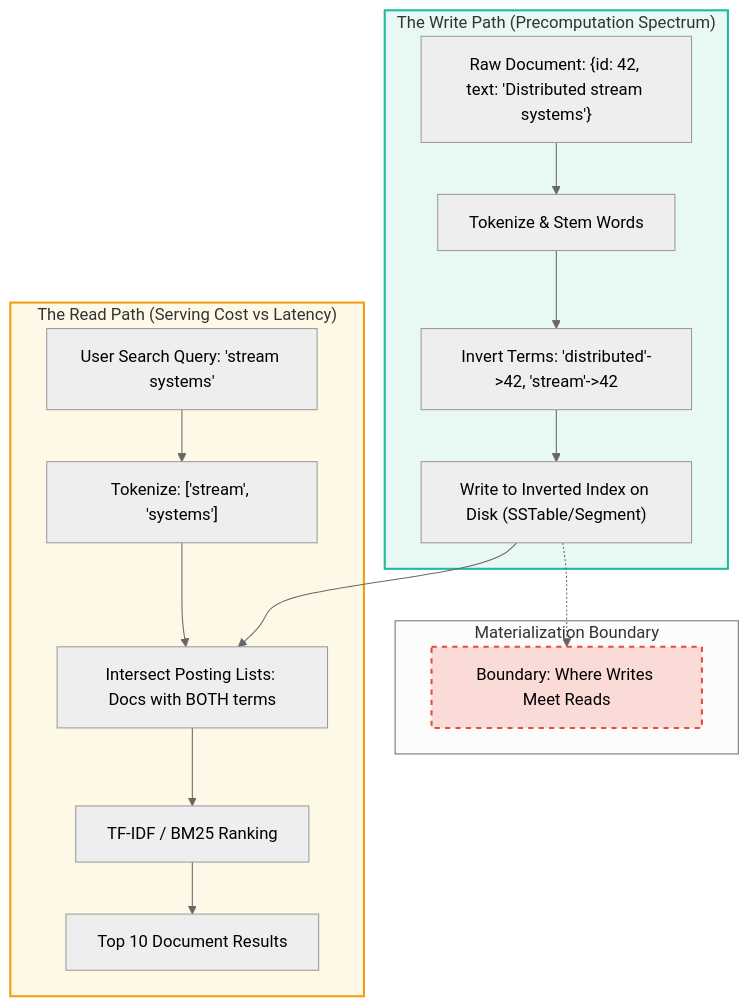
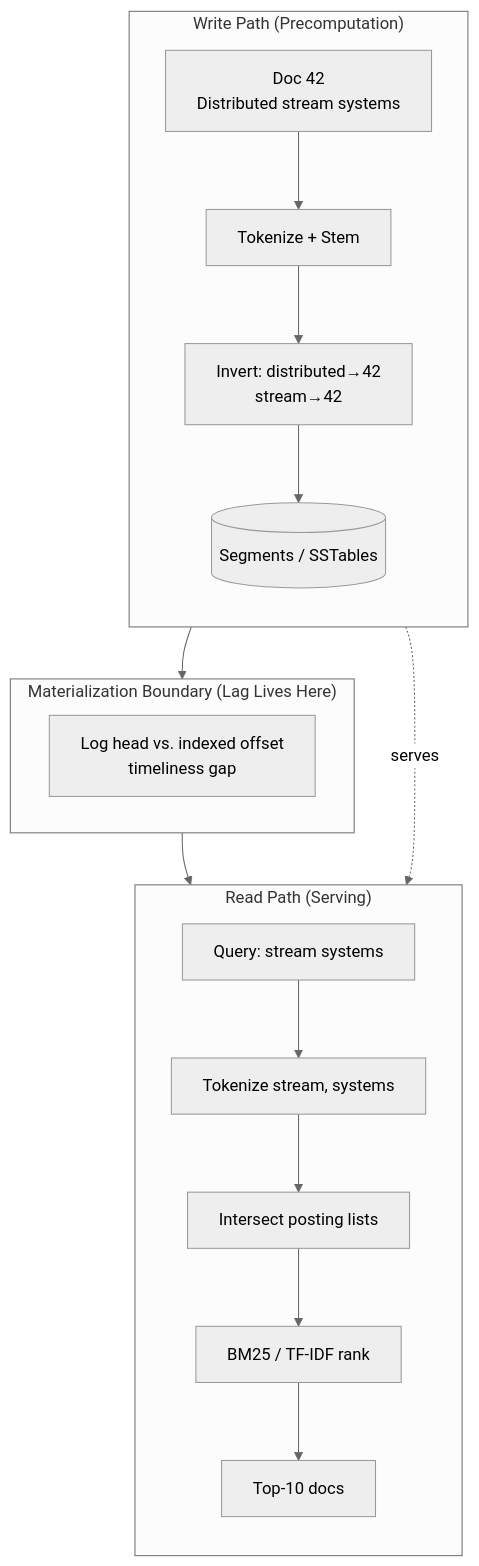
Before and after one commit to 1mimhe/books-summery: the first of 5 diagrams in 01 Designing Data-Intensive Applications/chapter-13-a-philosophy-of-streaming-systems.md, drawn with Mermaid (neutral theme). The commit also changed other lines of this file and 3 other files, not shown here.

````diff
--- a/01 Designing Data-Intensive Applications/chapter-13-a-philosophy-of-streaming-systems.md
+++ b/01 Designing Data-Intensive Applications/chapter-13-a-philosophy-of-streaming-systems.md
@@ -416,26 +190,25 @@
 ```mermaid
 flowchart TD
-    subgraph WritePath ["The Write Path (Precomputation Spectrum)"]
-        Doc["Raw Document: {id: 42, text: 'Distributed stream systems'}"]
-        Doc --> Tokenizer["Tokenize & Stem Words"]
-        Tokenizer --> Invert["Invert Terms: 'distributed'->42, 'stream'->42"]
-        Invert --> Index["Write to Inverted Index on Disk (SSTable/Segment)"]
-    end
-
-    subgraph Intersection ["Materialization Boundary"]
-        Index -.-> Matched["Boundary: Where Writes Meet Reads"]
-    end
-
-    subgraph ReadPath ["The Read Path (Serving Cost vs Latency)"]
-        Query["User Search Query: 'stream systems'"]
-        Query --> QParse["Tokenize: ['stream', 'systems']"]
-        QParse --> Fetch["Intersect Posting Lists: Docs with BOTH terms"]
-        Index --> Fetch
-        Fetch --> Rank["TF-IDF / BM25 Ranking"]
-        Rank --> Response["Top 10 Document Results"]
-    end
-
-    style WritePath fill:#e8f8f5,stroke:#1abc9c,stroke-width:2px
-    style ReadPath fill:#fef9e7,stroke:#f39c12,stroke-width:2px
-    style Matched fill:#fadbd8,stroke:#e74c3c,stroke-dasharray: 5 5,stroke-width:2px
+  subgraph WP["Write Path (Precomputation)"]
+    direction TB
+    DOC["Doc 42<br/>Distributed stream systems"]
+    TOK["Tokenize + Stem"]
+    INV["Invert: distributed→42<br/>stream→42"]
+    SEG[("Segments / SSTables")]
+    DOC --> TOK --> INV --> SEG
+  end
+  subgraph BOUND["Materialization Boundary (Lag Lives Here)"]
+    LAG["Log head vs. indexed offset<br/>timeliness gap"]
+  end
+  subgraph RP["Read Path (Serving)"]
+    direction TB
+    Q["Query: stream systems"]
+    QP["Tokenize stream, systems"]
+    FE["Intersect posting lists"]
+    RK["BM25 / TF-IDF rank"]
+    TOP["Top-10 docs"]
+    Q --> QP --> FE --> RK --> TOP
+  end
+  SEG -.->|"serves"| FE
+  WP --> BOUND --> RP
 ```
````
